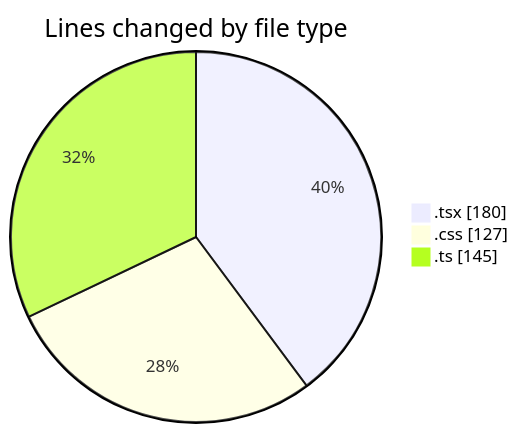
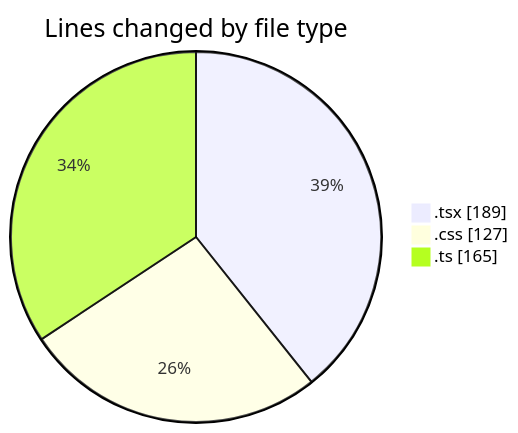
The first of 2 diagrams in 2025-01-09/mbc-web/README.md (robertbonfada/code-tracking), drawn with Mermaid before and after one commit. The commit also changed other lines of this file and 1 other file, not shown here.

````diff
--- a/2025-01-09/mbc-web/README.md
+++ b/2025-01-09/mbc-web/README.md
@@ -29,7 +30,7 @@
 ```mermaid
 pie showData
 title Lines changed by file type
-".tsx" : 180
+".tsx" : 189
 ".css" : 127
-".ts" : 145
+".ts" : 165
 ```
````
